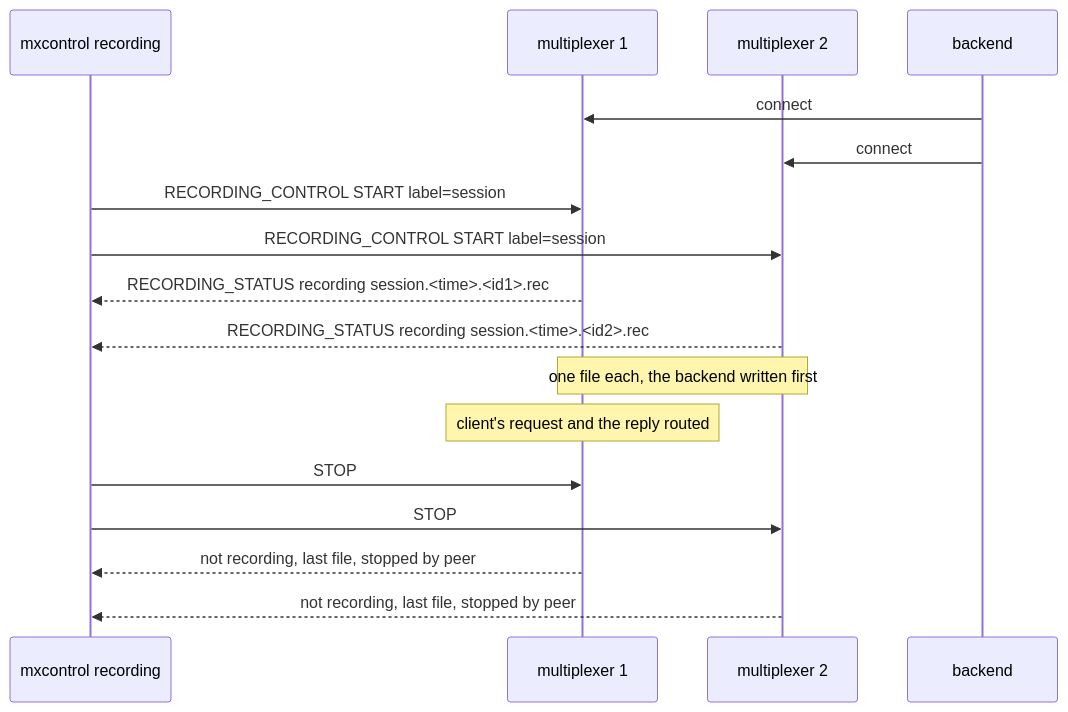
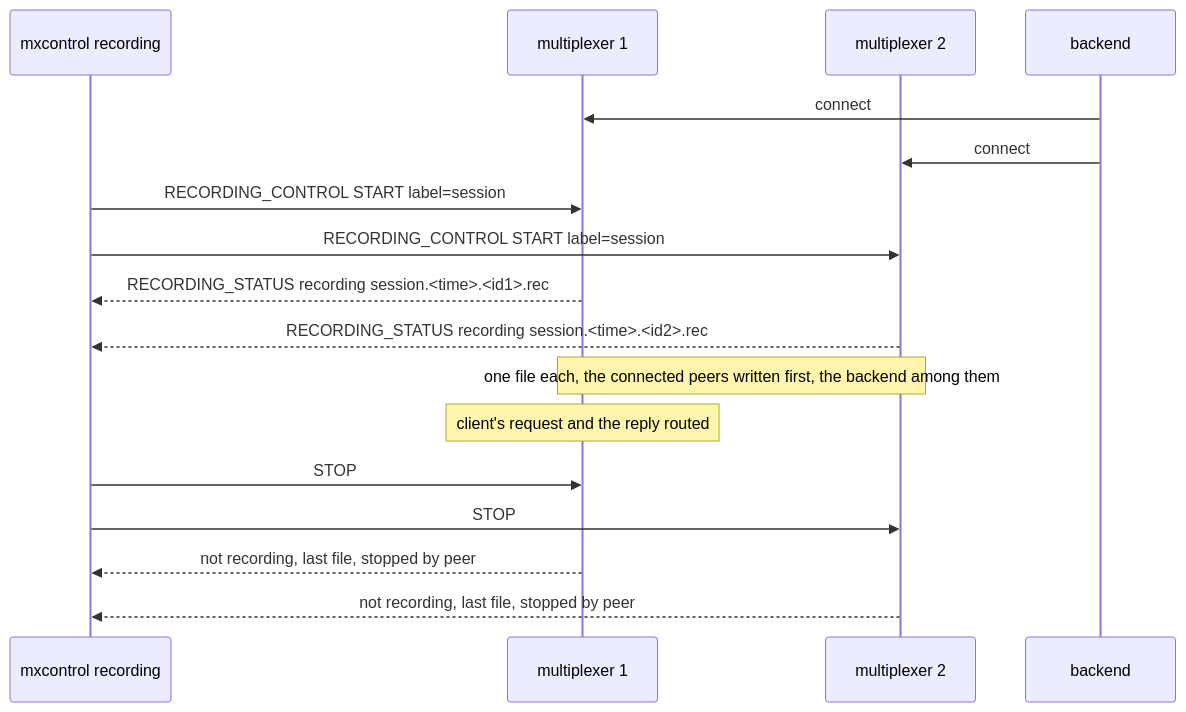
The diagram in tests/scenarios/remote_recording/README.md (kulewski/multiplexer), drawn with Mermaid before and after one commit. The commit also changed other lines of this file and 68 other files, not shown here.

````diff
--- a/tests/scenarios/remote_recording/README.md
+++ b/tests/scenarios/remote_recording/README.md
@@ -15,19 +15,19 @@
 ```mermaid
 sequenceDiagram
     participant X as mxcontrol recording
     participant M1 as multiplexer 1
     participant M2 as multiplexer 2
     participant B as backend
     B->>M1: connect
     B->>M2: connect
     X->>M1: RECORDING_CONTROL START label=session
     X->>M2: RECORDING_CONTROL START label=session
     M1-->>X: RECORDING_STATUS recording session.<time>.<id1>.rec
     M2-->>X: RECORDING_STATUS recording session.<time>.<id2>.rec
-    Note over M1,M2: one file each, the backend written first
+    Note over M1,M2: one file each, the connected peers written first, the backend among them
     Note over M1: client's request and the reply routed
     X->>M1: STOP
     X->>M2: STOP
     M1-->>X: not recording, last file, stopped by peer
     M2-->>X: not recording, last file, stopped by peer
 ```
````
